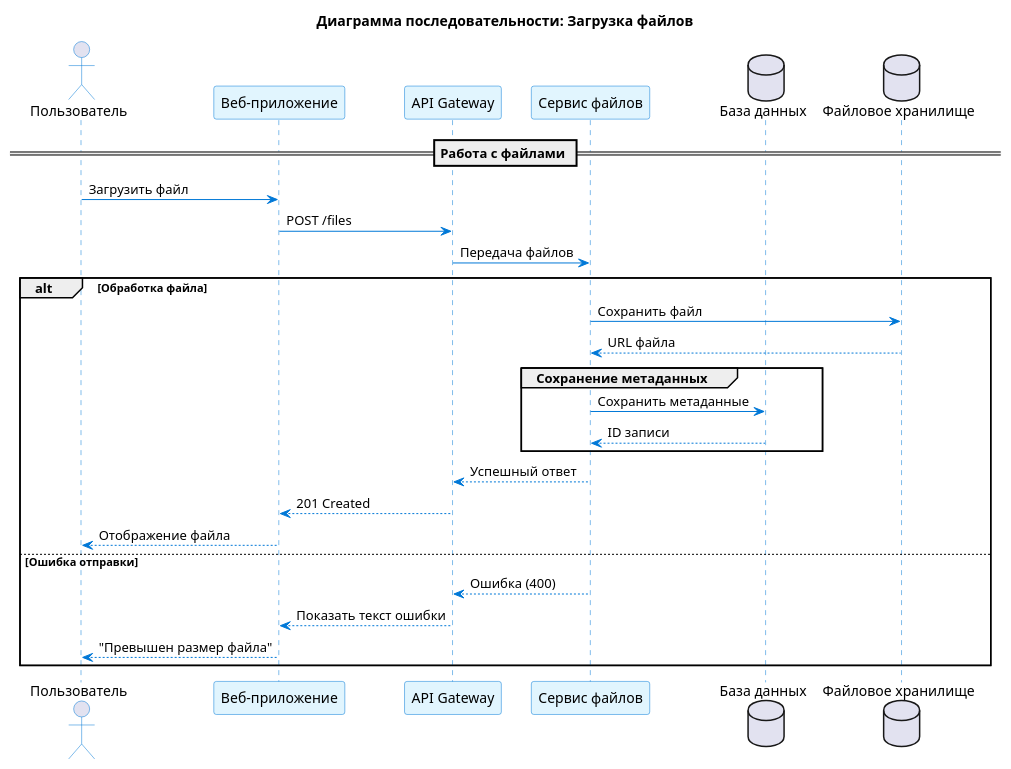
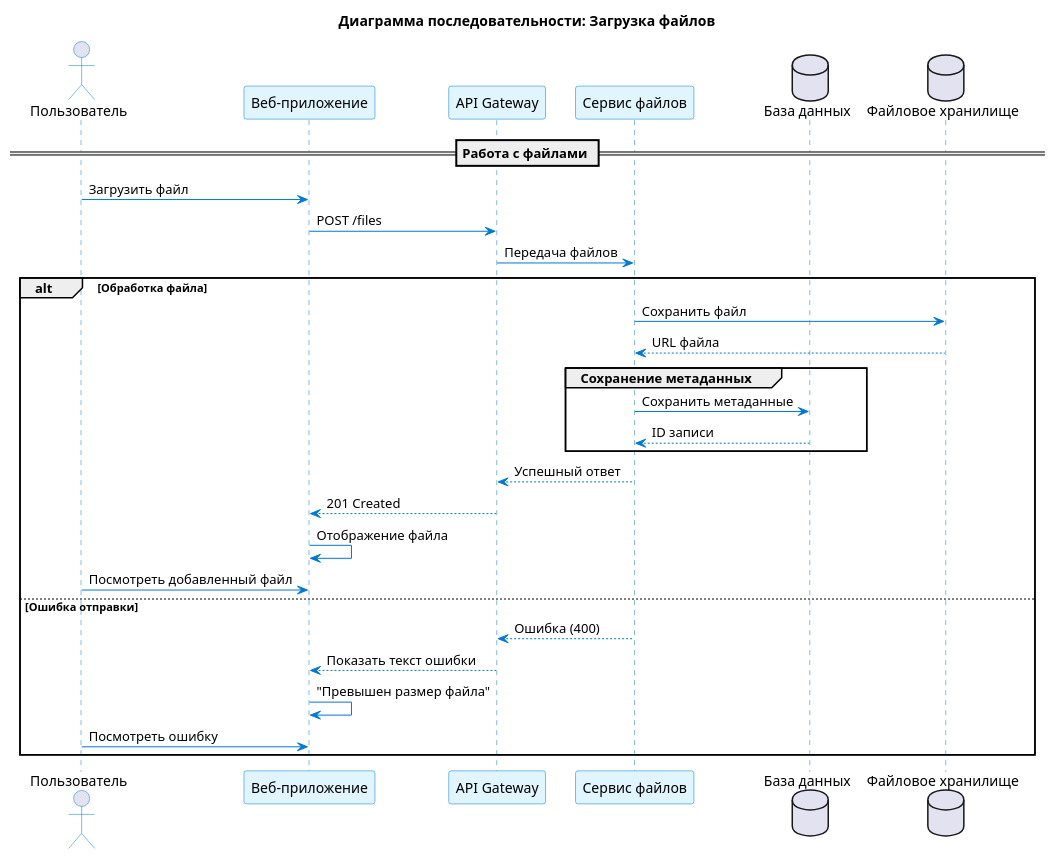
The second of 2 diagrams in UML.puml (Ksenia530/Practice), drawn with PlantUML before and after one commit. The commit also changed other lines of this file, not shown here.

Commit message:
UMLChange

```diff
--- a/UML.puml
+++ b/UML.puml
@@ -49,49 +51,51 @@
 @startuml
 title Диаграмма последовательности: Загрузка файлов
 skinparam backgroundColor #FFF
 skinparam sequence {
   ArrowColor #0078D7
   ActorBorderColor #0078D7
   LifeLineBorderColor #0078D7
   LifeLineBackgroundColor #F0F0F0
   ParticipantBorderColor #0078D7
   ParticipantBackgroundColor #E1F5FE
 }
 
 actor Пользователь as user
 participant "Веб-приложение" as web
 participant "API Gateway" as api
 participant "Сервис файлов" as file
 database "База данных" as db
 database "Файловое хранилище" as storage
 
 == Работа с файлами ==
 
 
   user -> web : Загрузить файл 
   web -> api : POST /files 
   api -> file : Передача файлов
 
 
 
   alt Обработка файла
     file -> storage : Сохранить файл
     storage --> file : URL файла 
      group Сохранение метаданных
       file -> db : Сохранить метаданные
       db --> file : ID записи 
     end
   file --> api : Успешный ответ
   api --> web : 201 Created
-  web --> user : Отображение файла
+  web -> web : Отображение файла
+  user -> web : Посмотреть добавленный файл 
 
   else Ошибка отправки
     file --> api : Ошибка (400)
     api --> web : Показать текст ошибки
-    web --> user : "Превышен размер файла"
+    web -> web : "Превышен размер файла"
+    user -> web : Посмотреть ошибку
   end
 
 
 
 
 @enduml
```
